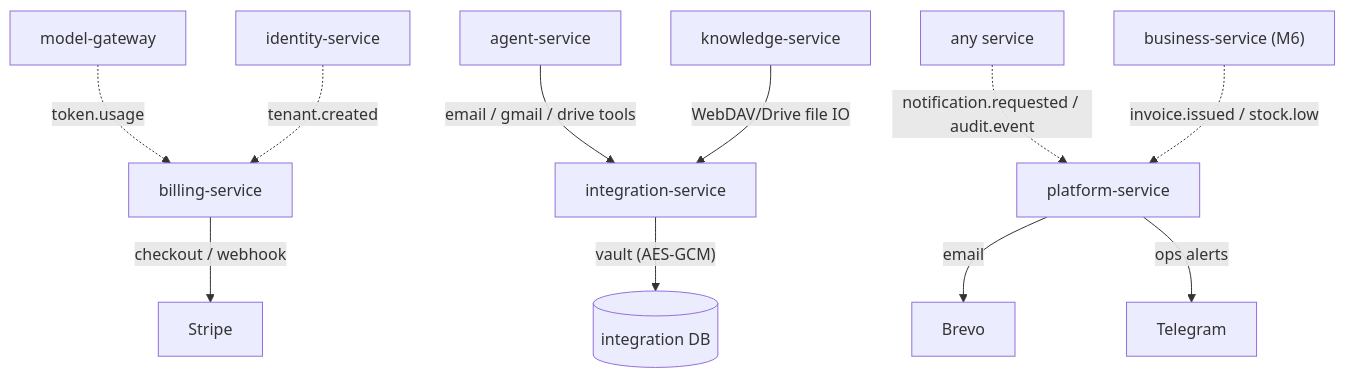
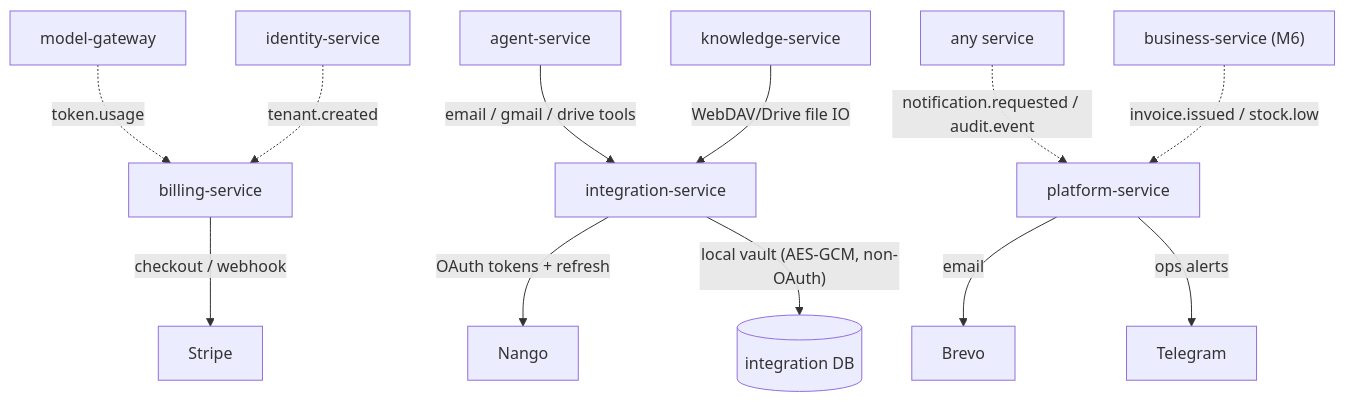
The first of 3 diagrams in docs/explanation/m4-what-you-get.md (stoychev07-art/7X7-microservice), drawn with Mermaid before and after one commit. The commit also changed other lines of this file and 65 other files, not shown here.

First line of the commit message:
Enhance architecture and service documentation

````diff
--- a/docs/explanation/m4-what-you-get.md
+++ b/docs/explanation/m4-what-you-get.md
@@ -57,13 +60,14 @@
 ```mermaid
 flowchart TB
     mg["model-gateway"] -. "token.usage" .-> bill["billing-service"]
     id["identity-service"] -. "tenant.created" .-> bill
     bill -->|"checkout / webhook"| stripe["Stripe"]
     agent["agent-service"] -->|"email / gmail / drive tools"| intg["integration-service"]
     kn["knowledge-service"] -->|"WebDAV/Drive file IO"| intg
-    intg -->|"vault (AES-GCM)"| intgdb[("integration DB")]
+    intg -->|"OAuth tokens + refresh"| nango["Nango"]
+    intg -->|"local vault (AES-GCM, non-OAuth)"| intgdb[("integration DB")]
     any["any service"] -. "notification.requested / audit.event" .-> plat["platform-service"]
     biz["business-service (M6)"] -. "invoice.issued / stock.low" .-> plat
     plat -->|"email"| brevo["Brevo"]
     plat -->|"ops alerts"| tg["Telegram"]
 ```
````
